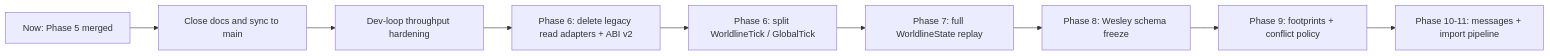
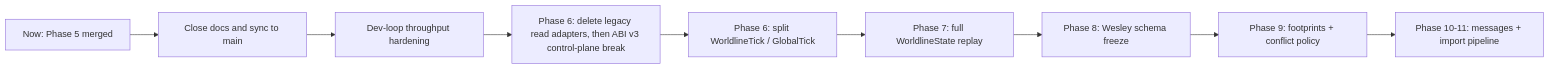
The first of 2 diagrams in docs/march-16.plan.md (flyingrobots/echo), drawn with Mermaid before and after one commit. The commit also changed other lines of this file and 30 other files, not shown here.

````diff
--- a/docs/march-16.plan.md
+++ b/docs/march-16.plan.md
@@ -32,11 +32,11 @@
 ```mermaid
 flowchart LR
     A["Now: Phase 5 merged"] --> B["Close docs and sync to main"]
     B --> C["Dev-loop throughput hardening"]
-    C --> D["Phase 6: delete legacy read adapters + ABI v2"]
+    C --> D["Phase 6: delete legacy read adapters, then ABI v3 control-plane break"]
     D --> E["Phase 6: split WorldlineTick / GlobalTick"]
     E --> F["Phase 7: full WorldlineState replay"]
     F --> G["Phase 8: Wesley schema freeze"]
     G --> H["Phase 9: footprints + conflict policy"]
     H --> I["Phase 10-11: messages + import pipeline"]
 ```
````
